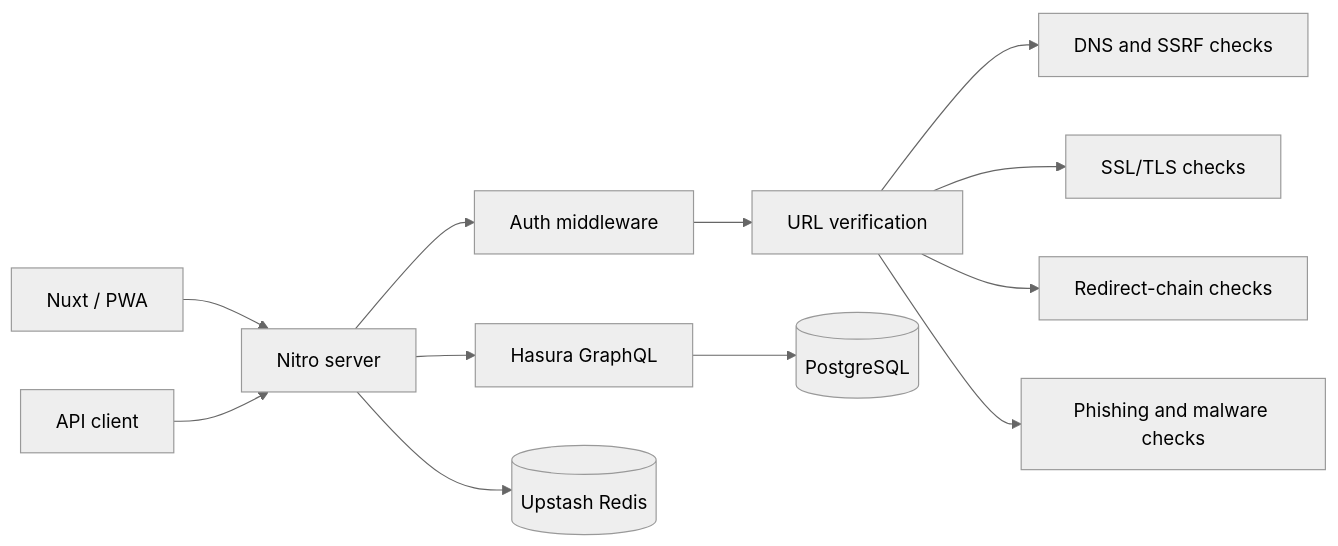
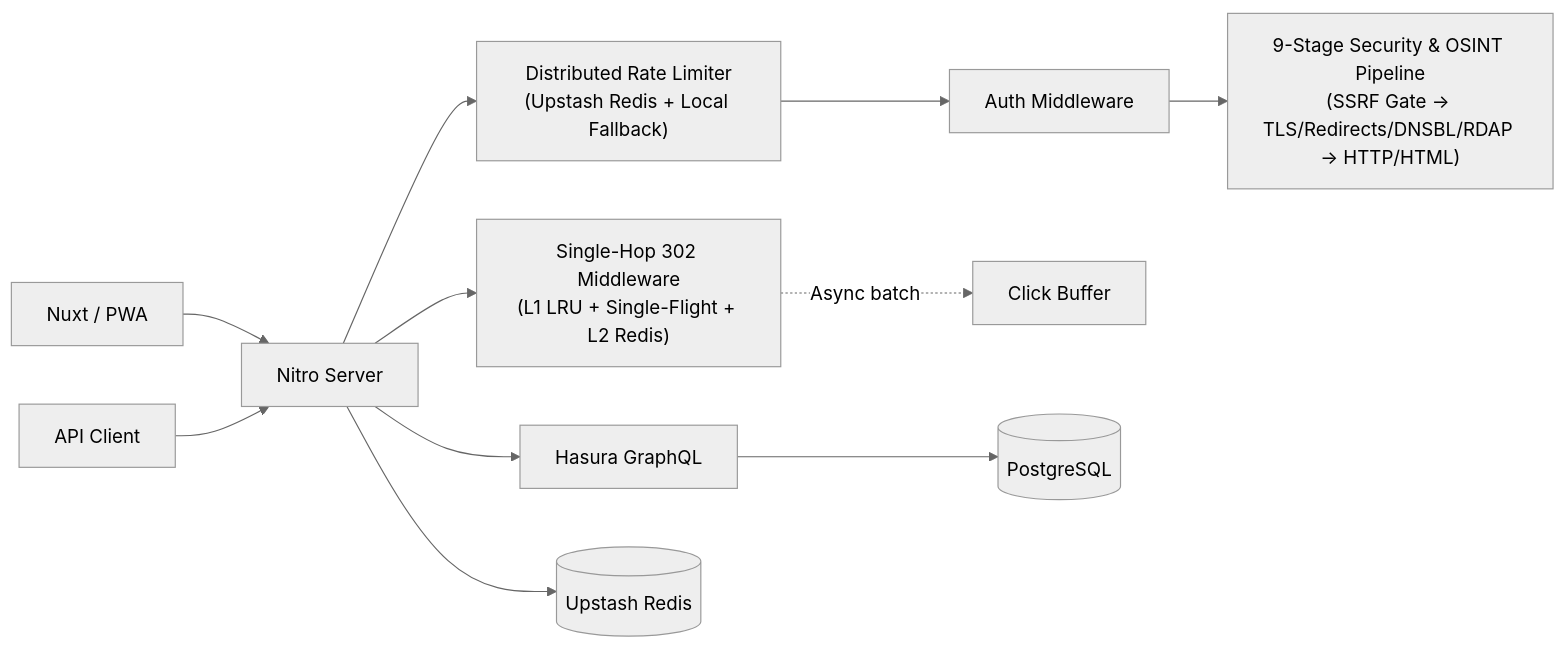
One commit to WomB0ComB0/link-shortener changed the diagram in README.md. Above: the diagram before and after it, drawn with Mermaid (neutral theme). The commit also changed other lines of this file, not shown here.

Commit message:
docs(readme): document 9-stage security, distributed rate limiter, Effect v4 & SemVer releases

````diff
--- a/README.md
+++ b/README.md
@@ -23,14 +21,13 @@
 ```mermaid
 flowchart LR
-    Browser[Nuxt / PWA] --> Nitro[Nitro server]
-    Client[API client] --> Nitro
-    Nitro --> Auth[Auth middleware]
-    Auth --> Verify[URL verification]
-    Verify --> DNS[DNS and SSRF checks]
-    Verify --> TLS[SSL/TLS checks]
-    Verify --> Redirects[Redirect-chain checks]
-    Verify --> Threats[Phishing and malware checks]
+    Browser[Nuxt / PWA] --> Nitro[Nitro Server]
+    Client[API Client] --> Nitro
+    Nitro --> RL["Distributed Rate Limiter\n(Upstash Redis + Local Fallback)"]
+    RL --> Auth[Auth Middleware]
+    Auth --> Verify["9-Stage Security & OSINT Pipeline\n(SSRF Gate -> TLS/Redirects/DNSBL/RDAP -> HTTP/HTML)"]
+    Nitro --> Redirect["Single-Hop 302 Middleware\n(L1 LRU + Single-Flight + L2 Redis)"]
+    Redirect -.->|Async batch| Analytics[Click Buffer]
     Nitro --> Hasura[Hasura GraphQL]
     Hasura --> Postgres[(PostgreSQL)]
     Nitro --> Redis[(Upstash Redis)]
 ```
````
